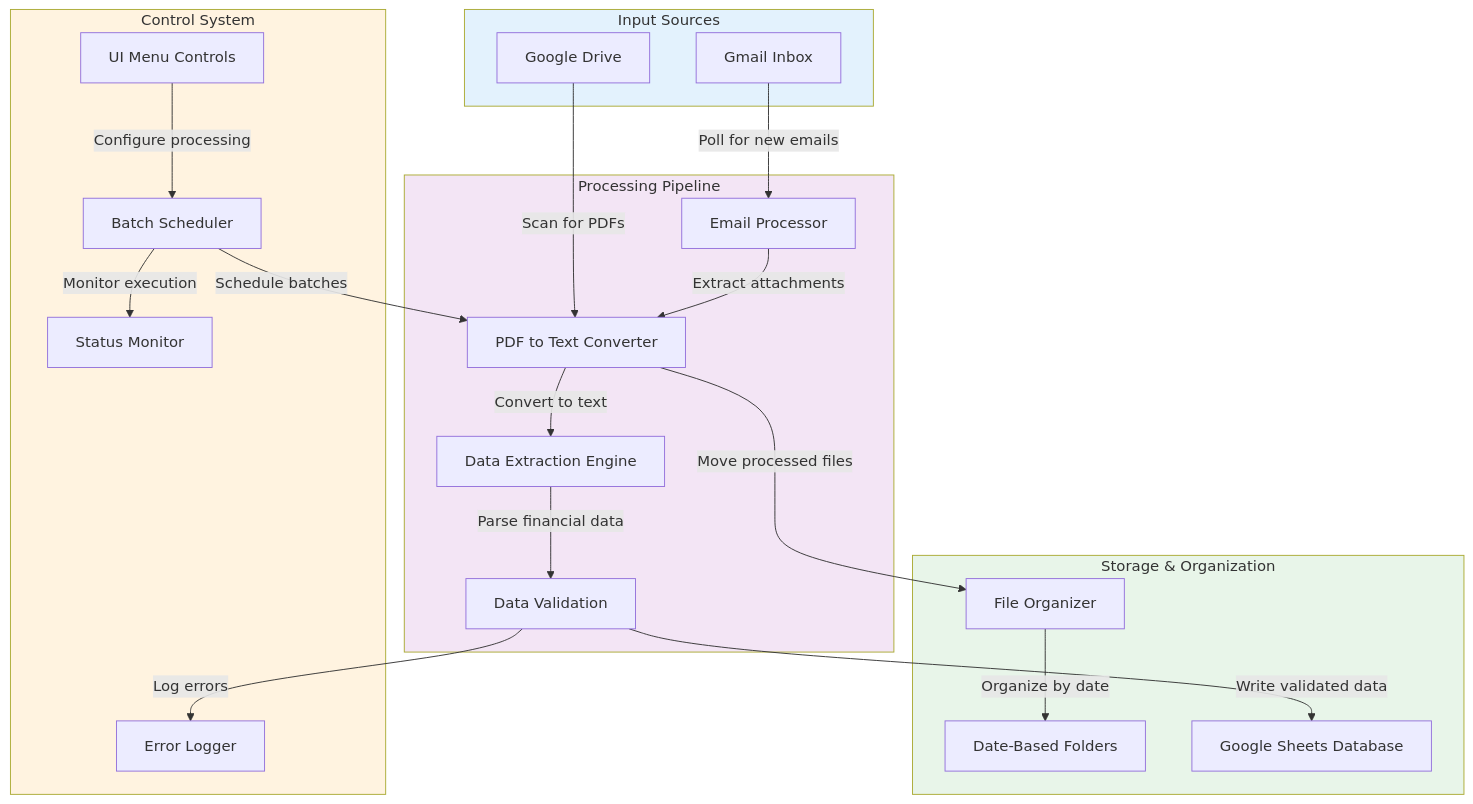
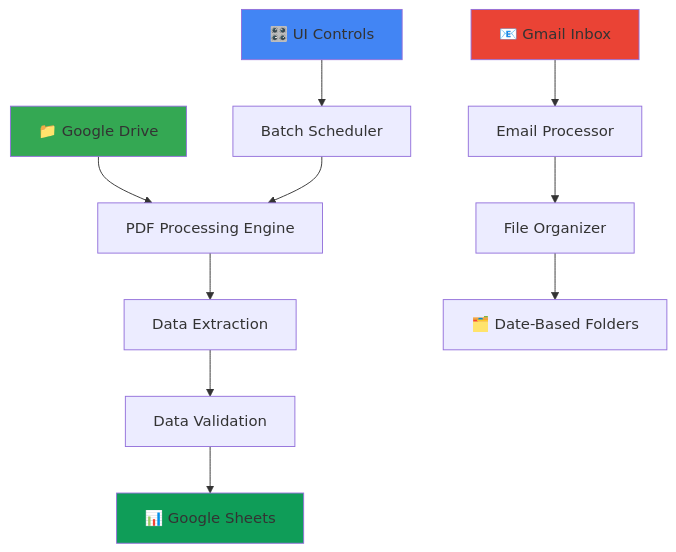
The diagram in README.md (eugeesp/apps-script-cash-closures), drawn with Mermaid before and after one commit.

````diff
--- a/README.md
+++ b/README.md
@@ -46,48 +46,22 @@
 ```mermaid
+
 flowchart TB
-    subgraph sources[Input Sources]
-        A[Gmail Inbox]
-        B[Google Drive]
-    end
+    A[📧 Gmail Inbox] --> B[Email Processor]
+    C[📁 Google Drive] --> D[PDF Processing Engine]
     
-    subgraph processing[Processing Pipeline]
-        C[Email Processor]
-        D[PDF to Text Converter]
-        E[Data Extraction Engine]
-        F[Data Validation]
-    end
+    B --> E[File Organizer]
+    D --> F[Data Extraction]
     
-    subgraph storage[Storage & Organization]
-        G[File Organizer]
-        H[Date-Based Folders]
-        I[Google Sheets Database]
-    end
+    F --> G[Data Validation]
+    G --> H[📊 Google Sheets]
     
-    subgraph control[Control System]
-        J[UI Menu Controls]
-        K[Batch Scheduler]
-        L[Status Monitor]
-        M[Error Logger]
-    end
+    E --> I[🗂️ Date-Based Folders]
     
-    A -->|Poll for new emails| C
-    B -->|Scan for PDFs| D
+    J[🎛️ UI Controls] --> K[Batch Scheduler]
+    K --> D
     
-    C -->|Extract attachments| D
-    D -->|Convert to text| E
-    E -->|Parse financial data| F
-    
-    F -->|Write validated data| I
-    D -->|Move processed files| G
-    G -->|Organize by date| H
-    
-    J -->|Configure processing| K
-    K -->|Schedule batches| D
-    K -->|Monitor execution| L
-    F -->|Log errors| M
-    
-    style sources fill:#e3f2fd
-    style processing fill:#f3e5f5
-    style storage fill:#e8f5e9
-    style control fill:#fff3e0
+    style A fill:#ea4335
+    style C fill:#34a853
+    style H fill:#0f9d58
+    style J fill:#4285f4
 ```
````
